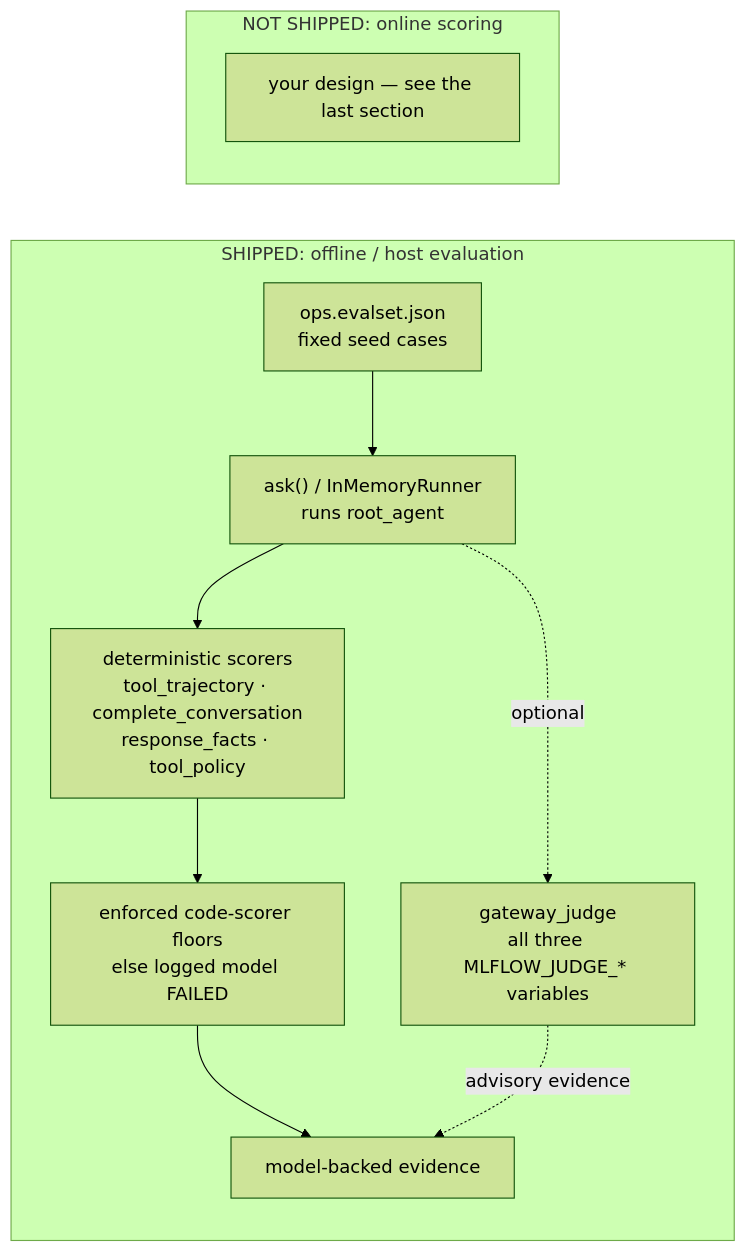
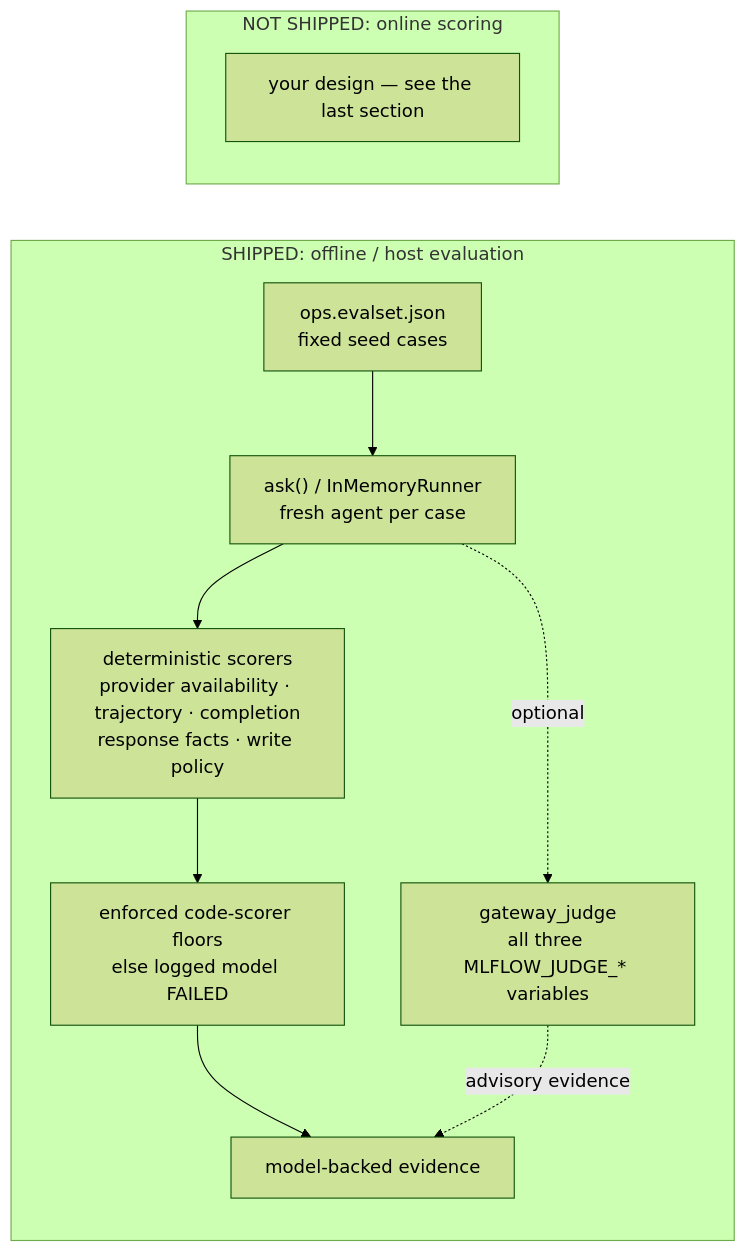
Before and after one commit to LuiGGi629/agentops-open-course: the diagram in docs/7. Observability/7.5. Online Evaluation.md, drawn with Mermaid (forest theme). The commit also changed other lines of this file and 24 other files, not shown here.

````diff
--- a/docs/7. Observability/7.5. Online Evaluation.md
+++ b/docs/7. Observability/7.5. Online Evaluation.md
@@ -79,16 +79,16 @@
 ```mermaid
 flowchart LR
   subgraph shipped["SHIPPED: offline / host evaluation"]
     direction TB
-    dataset["ops.evalset.json<br/>fixed seed cases"] --> ask["ask() / InMemoryRunner<br/>runs root_agent"]
-    ask --> det["deterministic scorers<br/>tool_trajectory · complete_conversation<br/>response_facts · tool_policy"]
+    dataset["ops.evalset.json<br/>fixed seed cases"] --> ask["ask() / InMemoryRunner<br/>fresh agent per case"]
+    ask --> det["deterministic scorers<br/>provider availability · trajectory · completion<br/>response facts · write policy"]
     ask -. optional .-> judge["gateway_judge<br/>all three MLFLOW_JUDGE_* variables"]
     det --> floors["enforced code-scorer floors<br/>else logged model FAILED"]
     floors --> evidence["model-backed evidence"]
     judge -. advisory evidence .-> evidence
   end
   subgraph online["NOT SHIPPED: online scoring"]
     direction TB
     design["your design — see the last section"]
   end
 ```
````
